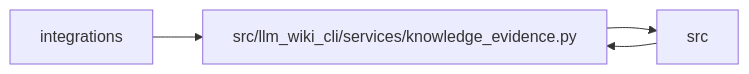
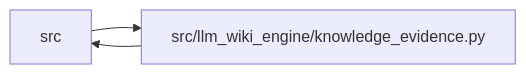
Before and after one commit to Denissvgn/python-wiki-llm: the diagram in docs/llm_wiki/modules/knowledge_evidence.md, drawn with Mermaid. The commit also changed other lines of this file and 1103 other files, not shown here.

First line of the commit message:
docs: refresh the wiki for the llm-wiki-engine distribution

````diff
--- a/docs/llm_wiki/modules/knowledge_evidence.md
+++ b/docs/llm_wiki/modules/knowledge_evidence.md
@@ -51,10 +51,8 @@
 ```mermaid
 flowchart LR
-    n0["integrations"]
-    n1["src"]
-    n2["src/llm_wiki_cli/services/knowledge_evidence.py"]
-    n0 --> n2
-    n1 --> n2
-    n2 --> n1
-    click n2 "../modules/knowledge_evidence.md"
+    n0["src"]
+    n1["src/llm_wiki_engine/knowledge_evidence.py"]
+    n0 --> n1
+    n1 --> n0
+    click n1 "../modules/knowledge_evidence.md"
 ```
````
